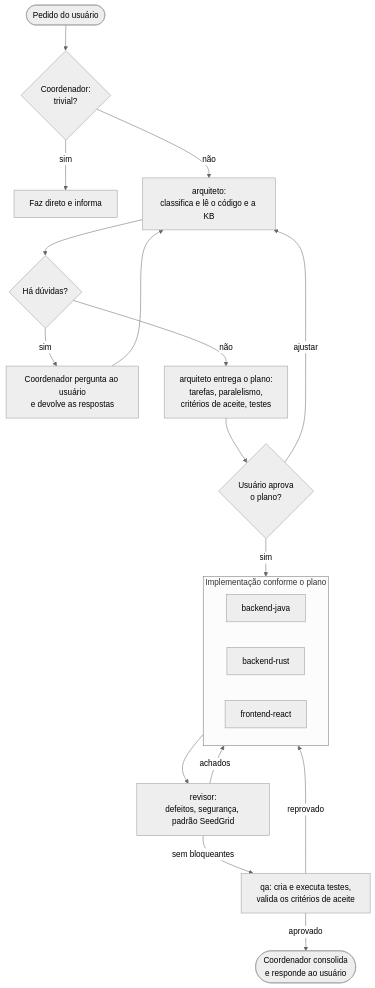
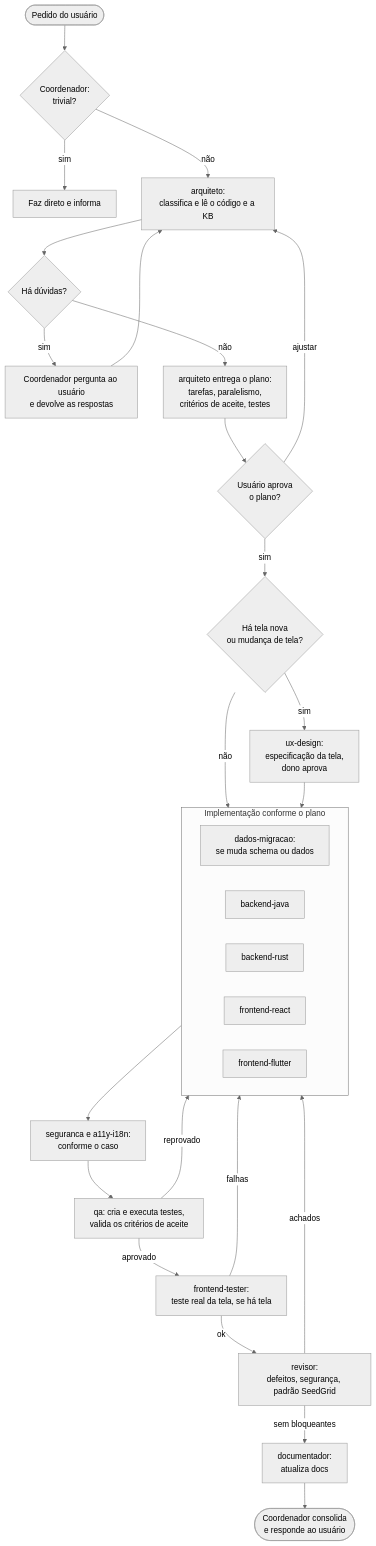
One commit to SeedGrid/seedgrid-ai changed the second of 3 diagrams in seedgridKB/SeedGrid/Toolkit/references/fluxo-de-trabalho.md. Above: the diagram before and after it, drawn with Mermaid (neutral theme). The commit also changed other lines of this file and 4 other files, not shown here.

Commit message:
KB Toolkit (P163 onda 4, host): fluxo com os 13 papeis e diagramas de projeto novo, feature e hotfix; coordenacao, glossario, indice de ferramentas (sem ferramenta de plataforma) e Toolkit-mapa (P163.F1.T7)

````diff
--- a/seedgridKB/SeedGrid/Toolkit/references/fluxo-de-trabalho.md
+++ b/seedgridKB/SeedGrid/Toolkit/references/fluxo-de-trabalho.md
@@ -25,24 +54,33 @@
 ```mermaid
 flowchart TD
     U([Pedido do usuário]) --> C{Coordenador:<br/>trivial?}
     C -- sim --> D[Faz direto e informa]
     C -- não --> A[arquiteto:<br/>classifica e lê o código e a KB]
     A --> Q{Há dúvidas?}
     Q -- sim --> P[Coordenador pergunta ao usuário<br/>e devolve as respostas]
     P --> A
     Q -- não --> PL[arquiteto entrega o plano:<br/>tarefas, paralelismo,<br/>critérios de aceite, testes]
     PL --> OK{Usuário aprova<br/>o plano?}
     OK -- ajustar --> A
-    OK -- sim --> IMP
+    OK -- sim --> T{Há tela nova<br/>ou mudança de tela?}
+    T -- sim --> UX[ux-design:<br/>especificação da tela,<br/>dono aprova]
+    T -- não --> IMP
+    UX --> IMP
     subgraph IMP[Implementação conforme o plano]
         direction LR
+        DM[dados-migracao:<br/>se muda schema ou dados]
         BJ[backend-java]
         BR[backend-rust]
         FR[frontend-react]
+        FF[frontend-flutter]
     end
-    IMP --> R[revisor:<br/>defeitos, segurança, padrão SeedGrid]
+    IMP --> SEG[seguranca e a11y-i18n:<br/>conforme o caso]
+    SEG --> QA[qa: cria e executa testes,<br/>valida os critérios de aceite]
+    QA -- reprovado --> IMP
+    QA -- aprovado --> FT[frontend-tester:<br/>teste real da tela, se há tela]
+    FT -- falhas --> IMP
+    FT -- ok --> R[revisor:<br/>defeitos, segurança, padrão SeedGrid]
     R -- achados --> IMP
-    R -- sem bloqueantes --> QA[qa: cria e executa testes,<br/>valida os critérios de aceite]
-    QA -- reprovado --> IMP
-    QA -- aprovado --> F([Coordenador consolida<br/>e responde ao usuário])
+    R -- sem bloqueantes --> DOC[documentador:<br/>atualiza docs]
+    DOC --> F([Coordenador consolida<br/>e responde ao usuário])
 ```
````
